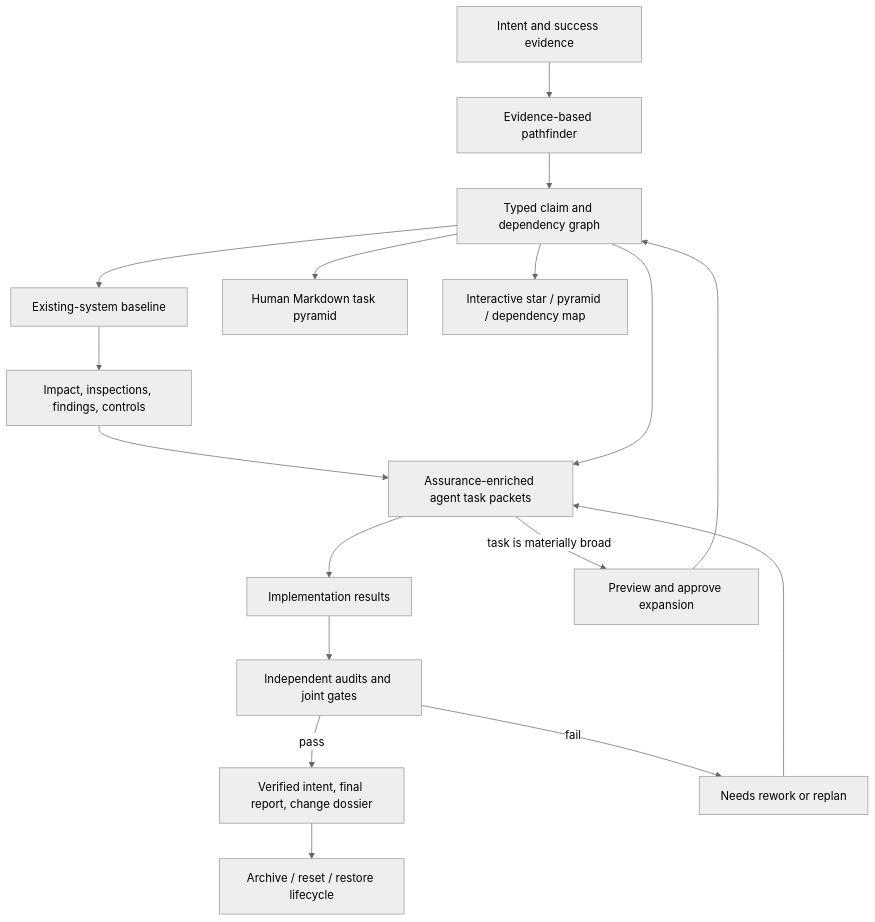
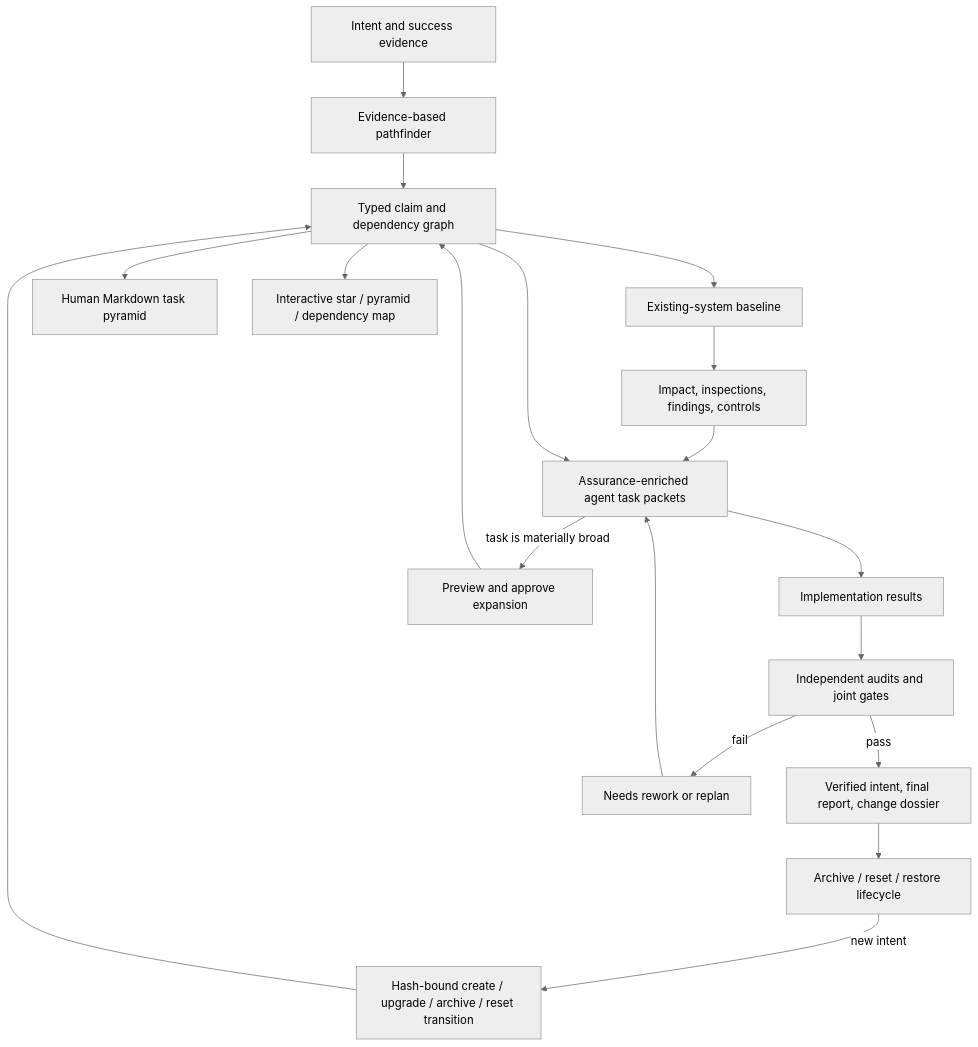
One commit to KMerdan/pyramid-task changed the diagram in README.md. Above: the diagram before and after it, drawn with Mermaid (neutral theme). The commit also changed other lines of this file and 18 other files, not shown here.

````diff
--- a/README.md
+++ b/README.md
@@ -52,19 +53,21 @@
 ```mermaid
 flowchart TD
     I["Intent and success evidence"] --> P["Evidence-based pathfinder"]
     P --> G["Typed claim and dependency graph"]
     G --> B["Existing-system baseline"]
     B --> X["Impact, inspections, findings, controls"]
     X --> T["Assurance-enriched agent task packets"]
     G --> T
     G --> H["Human Markdown task pyramid"]
     G --> V["Interactive star / pyramid / dependency map"]
     T --> E["Implementation results"]
     E --> A["Independent audits and joint gates"]
     A -->|pass| C["Verified intent, final report, change dossier"]
     A -->|fail| R["Needs rework or replan"]
     R --> T
     T -->|task is materially broad| Q["Preview and approve expansion"]
     Q --> G
     C --> L["Archive / reset / restore lifecycle"]
+    L -->|new intent| N["Hash-bound create / upgrade / archive / reset transition"]
+    N --> G
 ```
````
